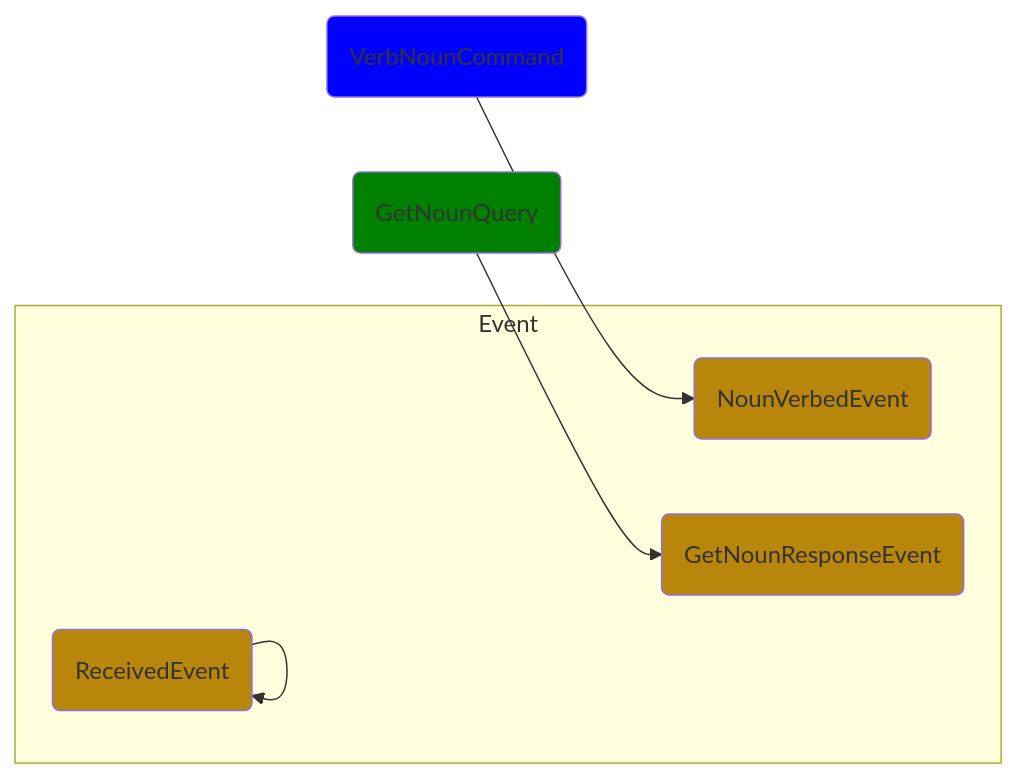
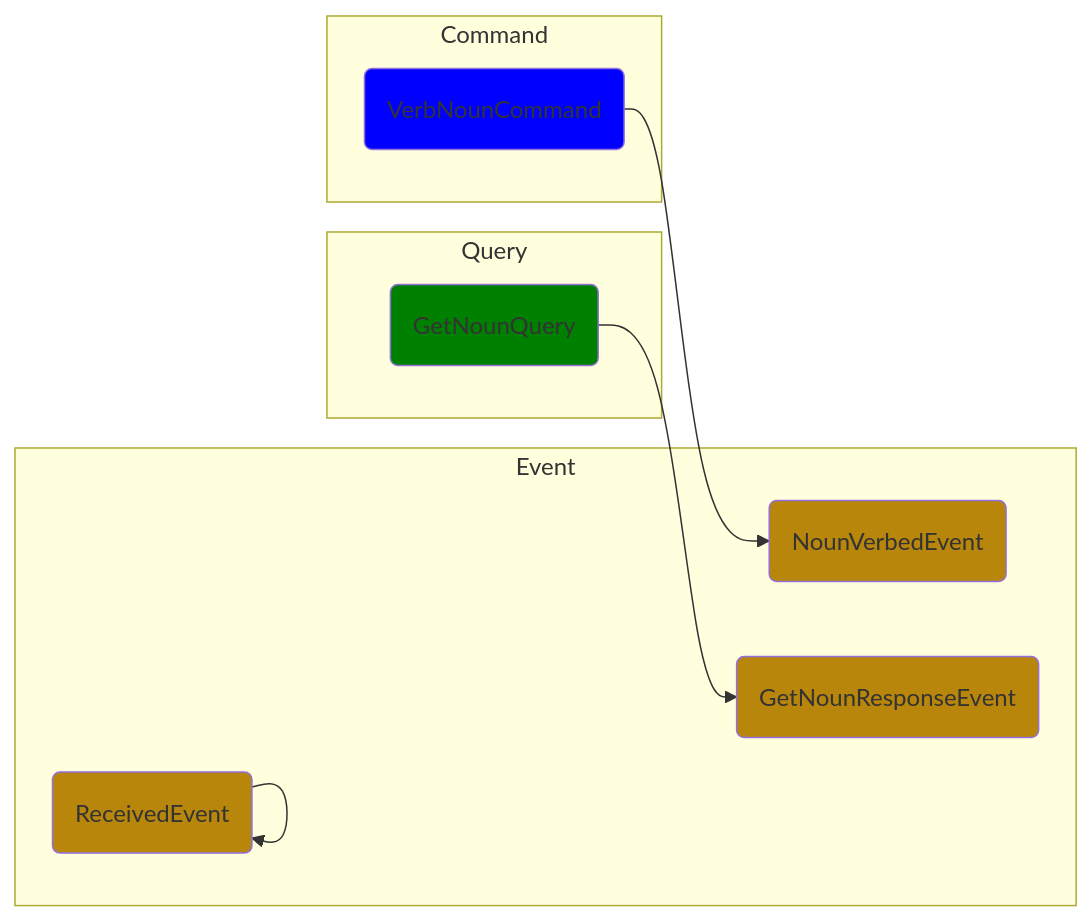
The first of 4 diagrams in README.md (wechaty/cqrs), drawn with Mermaid before and after one commit. The commit also changed other lines of this file and 1 other file, not shown here.

````diff
--- a/README.md
+++ b/README.md
@@ -13,22 +21,26 @@
 ```mermaid
 graph LR
   classDef event fill:DarkGoldenRod
   classDef command fill:blue
   classDef query fill:green
 
+  subgraph Command
     C(VerbNounCommand):::command
+  end
 
   subgraph Event
     ER(ReceivedEvent):::event
     EC(NounVerbedEvent):::event
     EQ(GetNounResponseEvent):::event
   end
 
-  Q(GetNounQuery):::query
+  subgraph Query
+    Q(GetNounQuery):::query
+  end
 
   C-->EC
 
   ER-->ER
 
   Q-->EQ
 ```
````
